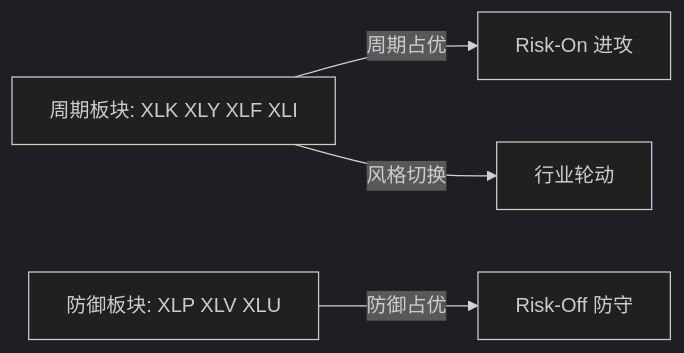
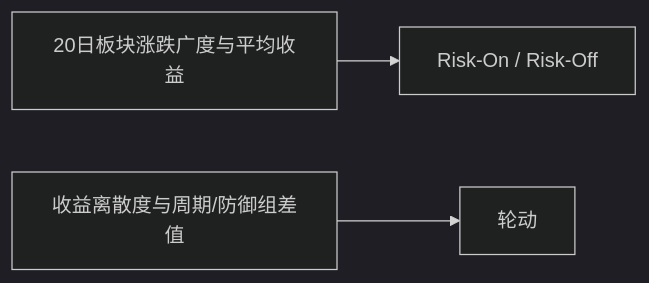
Before and after one commit to KAMCHIU-LAB/Stock_Monitor: the second of 4 diagrams in README_zh.md, drawn with Mermaid (dark theme). The commit also changed other lines of this file and 34 other files, not shown here.

````diff
--- a/README_zh.md
+++ b/README_zh.md
@@ -109,6 +149,5 @@
 ```mermaid
 flowchart LR
-    CYC["周期板块: XLK XLY XLF XLI"] --> |"周期占优"| ON["Risk-On 进攻"]
-    DEF["防御板块: XLP XLV XLU"] --> |"防御占优"| OFF["Risk-Off 防守"]
-    CYC --> |"风格切换"| ROT["行业轮动"]
+    BREADTH["20日板块涨跌广度与平均收益"] --> ON["Risk-On / Risk-Off"]
+    SPREAD["收益离散度与周期/防御组差值"] --> ROT["轮动"]
 ```
````
